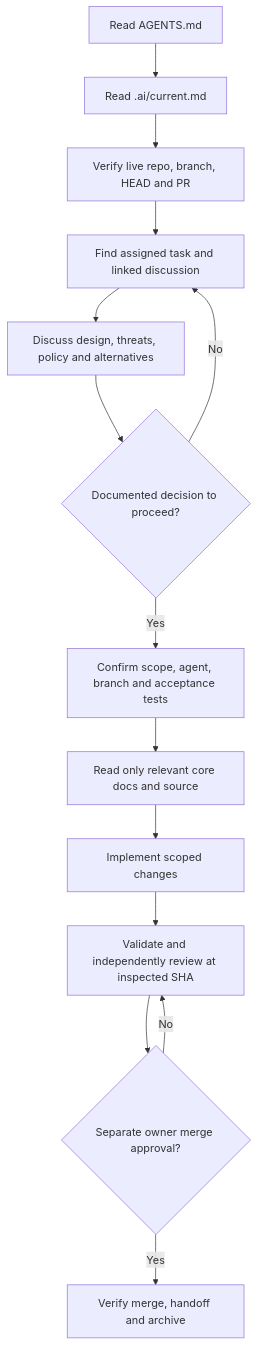
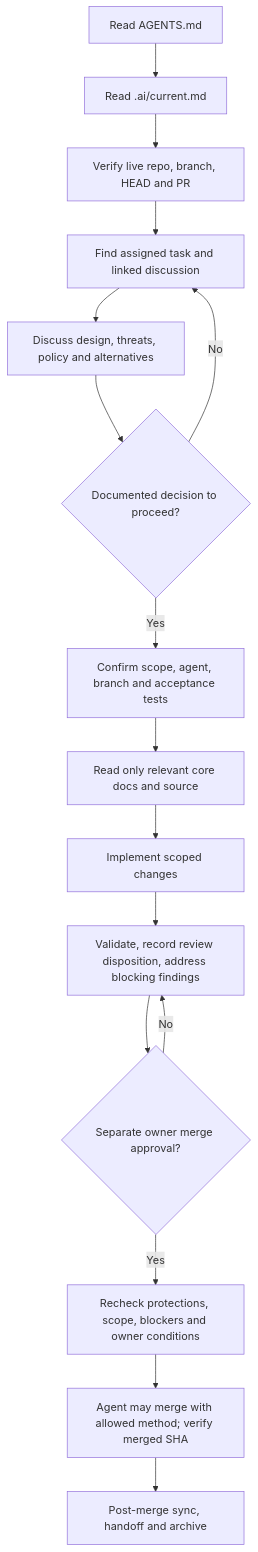
The diagram in AGENTS.md (im-tnyx/Tio-Money), drawn with Mermaid before and after one commit. The commit also changed other lines of this file and 13 other files, not shown here.

Commit message:
docs: adopt optional review and authorized agent merge policy

````diff
--- a/AGENTS.md
+++ b/AGENTS.md
@@ -18,16 +18,18 @@
 ```mermaid
 flowchart TD
     A["Read AGENTS.md"] --> B["Read .ai/current.md"]
     B --> C["Verify live repo, branch, HEAD and PR"]
     C --> D["Find assigned task and linked discussion"]
     D --> E["Discuss design, threats, policy and alternatives"]
     E --> F{"Documented decision to proceed?"}
     F -->|No| D
     F -->|Yes| G["Confirm scope, agent, branch and acceptance tests"]
     G --> H["Read only relevant core docs and source"]
     H --> I["Implement scoped changes"]
-    I --> J["Validate and independently review at inspected SHA"]
+    I --> J["Validate, record review disposition, address blocking findings"]
     J --> K{"Separate owner merge approval?"}
     K -->|No| J
-    K -->|Yes| L["Verify merge, handoff and archive"]
+    K -->|Yes| L["Recheck protections, scope, blockers and owner conditions"]
+    L --> M["Agent may merge with allowed method; verify merged SHA"]
+    M --> N["Post-merge sync, handoff and archive"]
 ```
````
